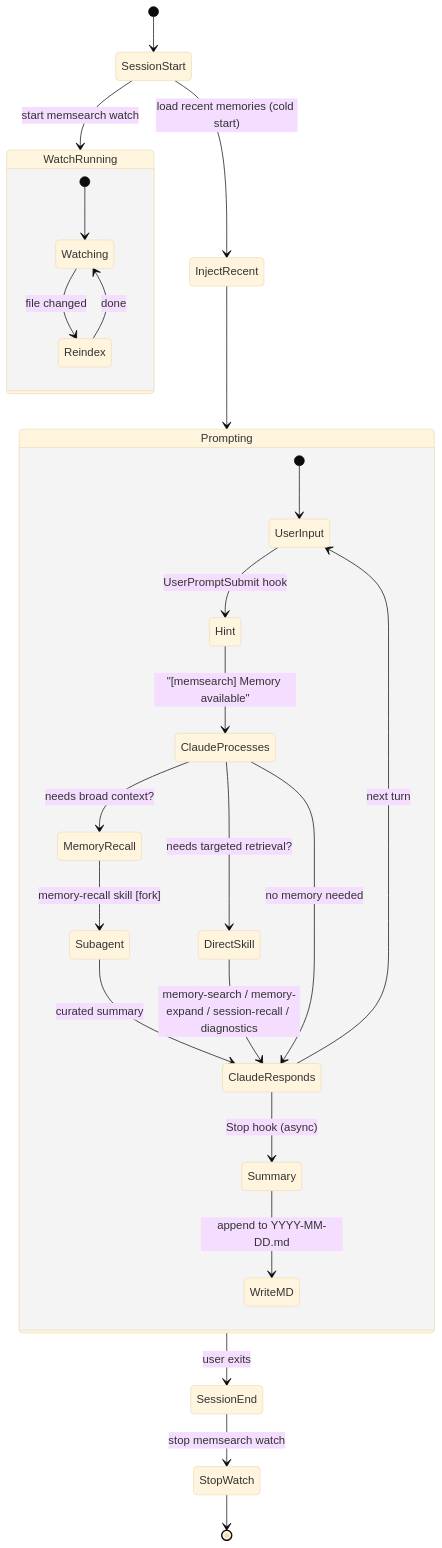
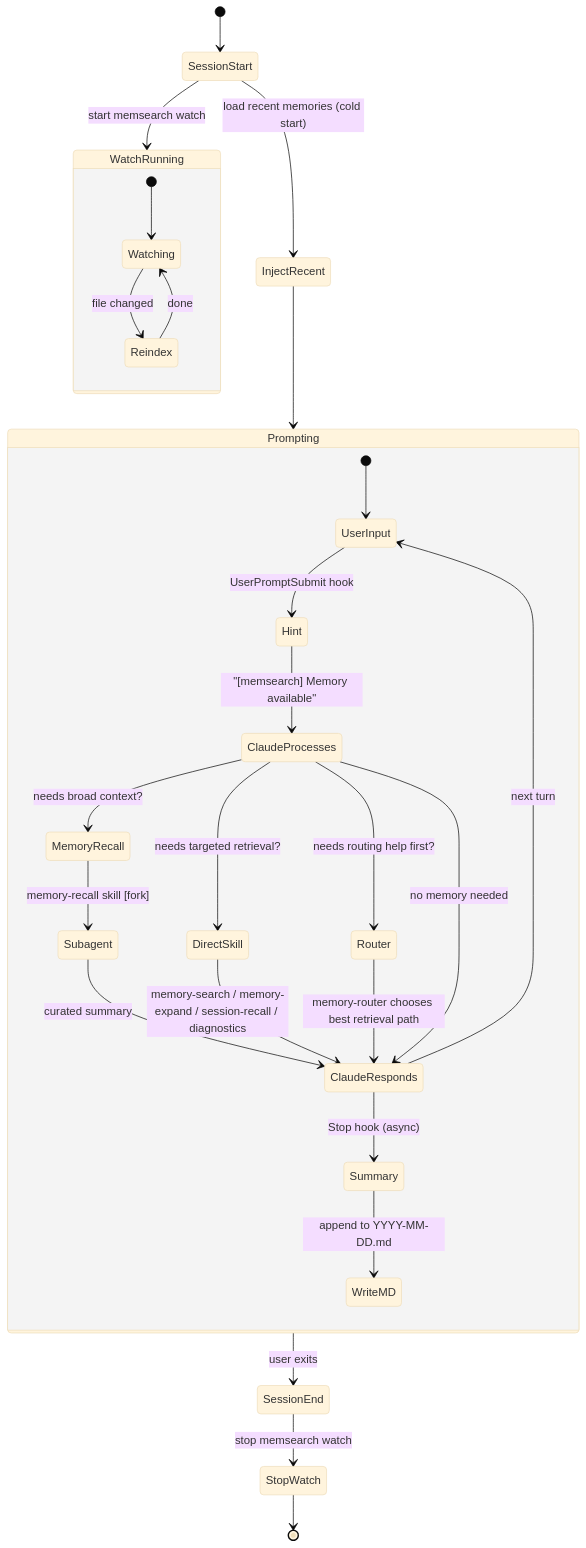
Before and after one commit to zilliztech/memsearch: the second of 3 diagrams in docs/platforms/claude-code/how-it-works.md, drawn with Mermaid (base theme). The commit also changed other lines of this file and 16 other files, not shown here.

````diff
--- a/docs/platforms/claude-code/how-it-works.md
+++ b/docs/platforms/claude-code/how-it-works.md
@@ -57,33 +57,35 @@
 ```mermaid
 stateDiagram-v2
     [*] --> SessionStart
     SessionStart --> WatchRunning: start memsearch watch
     SessionStart --> InjectRecent: load recent memories (cold start)
 
     state WatchRunning {
         [*] --> Watching
         Watching --> Reindex: file changed
         Reindex --> Watching: done
     }
 
     InjectRecent --> Prompting
 
     state Prompting {
         [*] --> UserInput
         UserInput --> Hint: UserPromptSubmit hook
         Hint --> ClaudeProcesses: "[memsearch] Memory available"
         ClaudeProcesses --> MemoryRecall: needs broad context?
         MemoryRecall --> Subagent: memory-recall skill [fork]
         Subagent --> ClaudeResponds: curated summary
         ClaudeProcesses --> DirectSkill: needs targeted retrieval?
         DirectSkill --> ClaudeResponds: memory-search / memory-expand / session-recall / diagnostics
+        ClaudeProcesses --> Router: needs routing help first?
+        Router --> ClaudeResponds: memory-router chooses best retrieval path
         ClaudeProcesses --> ClaudeResponds: no memory needed
         ClaudeResponds --> UserInput: next turn
         ClaudeResponds --> Summary: Stop hook (async)
         Summary --> WriteMD: append to YYYY-MM-DD.md
     }
 
     Prompting --> SessionEnd: user exits
     SessionEnd --> StopWatch: stop memsearch watch
     StopWatch --> [*]
 ```
````
